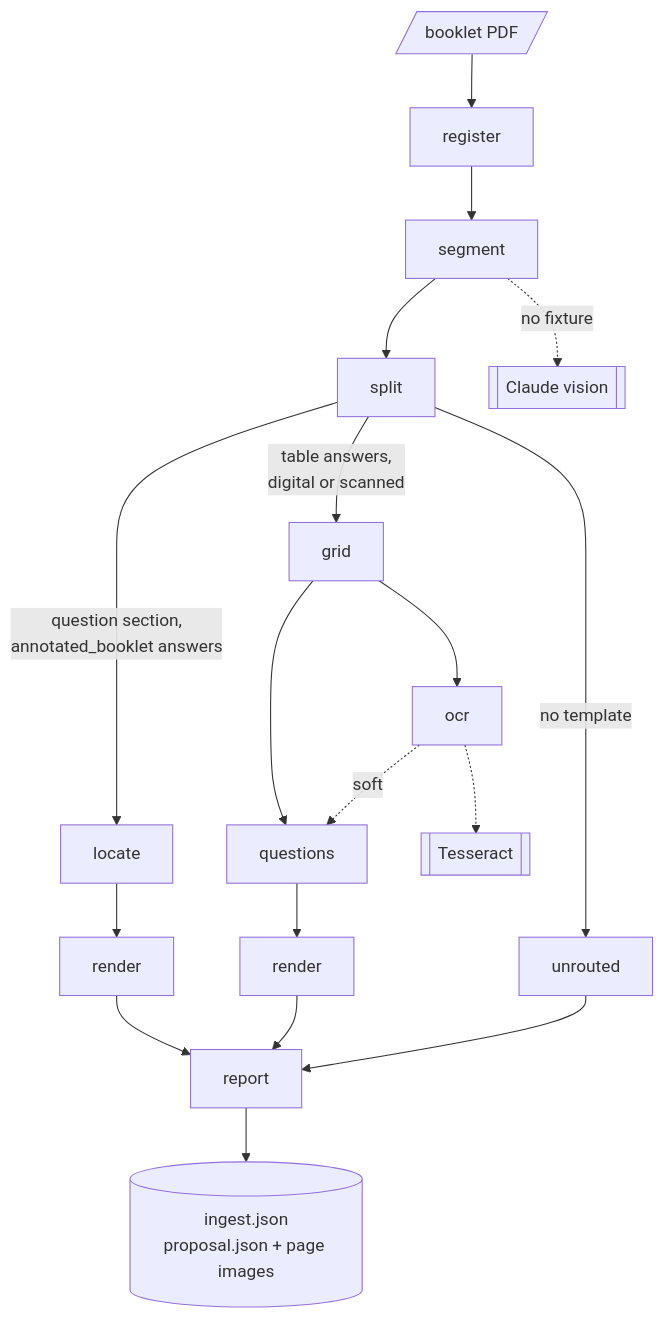
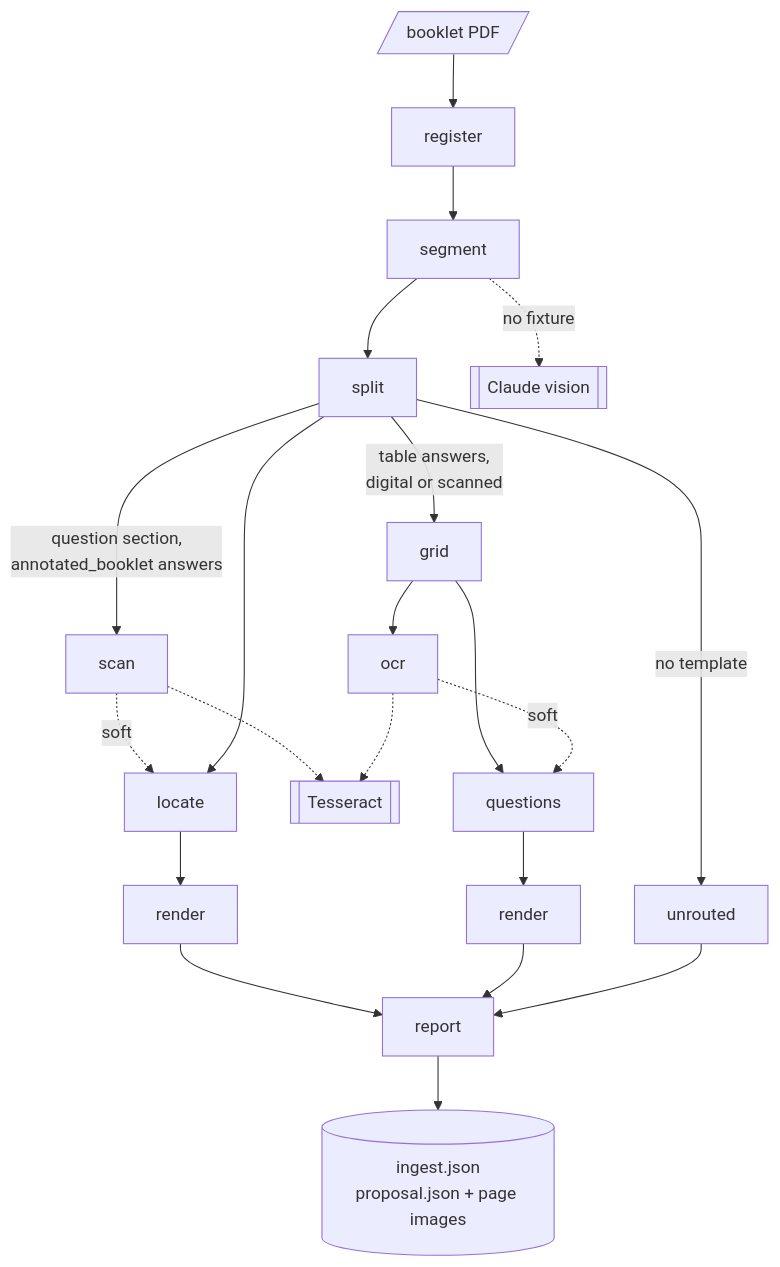
The diagram in docs/features/ingestion-pipeline.md (billyhoce/PilloraQuestionBank), drawn with Mermaid before and after one commit. The commit also changed other lines of this file and 34 other files, not shown here.

Commit message:
Show straightened images, and scan question pages

````diff
--- a/docs/features/ingestion-pipeline.md
+++ b/docs/features/ingestion-pipeline.md
@@ -20,14 +20,16 @@
 ```mermaid
 flowchart TD
     pdf[/booklet PDF/] --> register --> segment --> split
     segment -.->|no fixture| claude[[Claude vision]]
-    split -->|question section,<br/>annotated_booklet answers| locate --> qrender[render]
+    split -->|question section,<br/>annotated_booklet answers| scan -.->|soft| locate --> qrender[render]
+    split --> locate
+    scan -.-> tess
     split -->|table answers,<br/>digital or scanned| grid --> questions --> trender[render]
     grid --> ocr -.->|soft| questions
     ocr -.-> tess[[Tesseract]]
     split -->|no template| unrouted
     qrender --> report
     trender --> report
     unrouted --> report
     report --> out[(ingest.json<br/>proposal.json + page images)]
 ```
````
